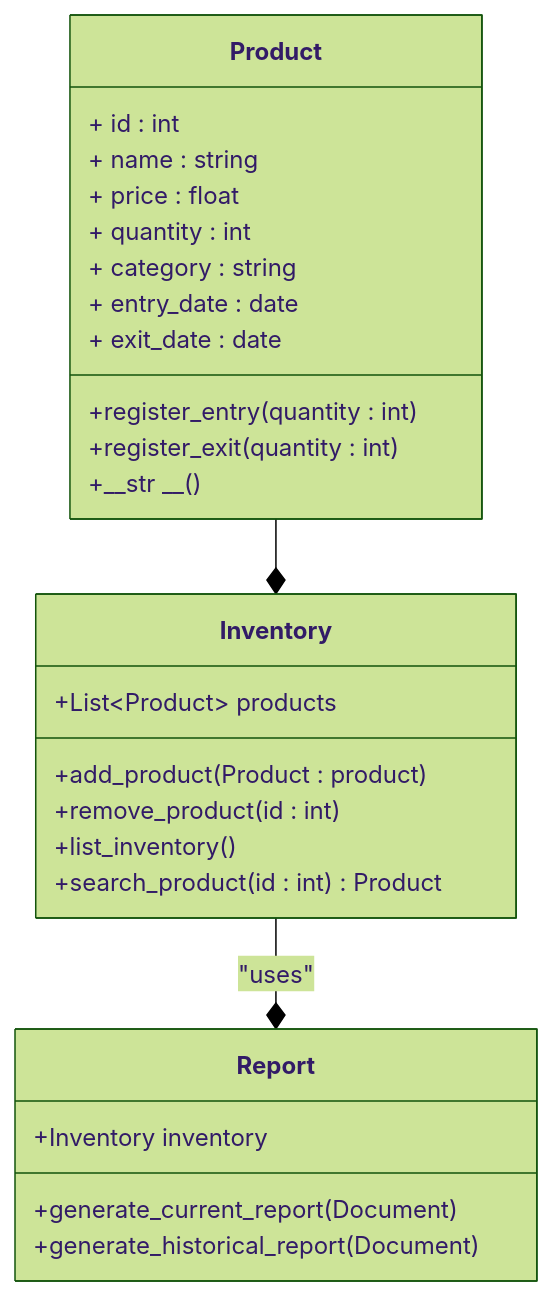
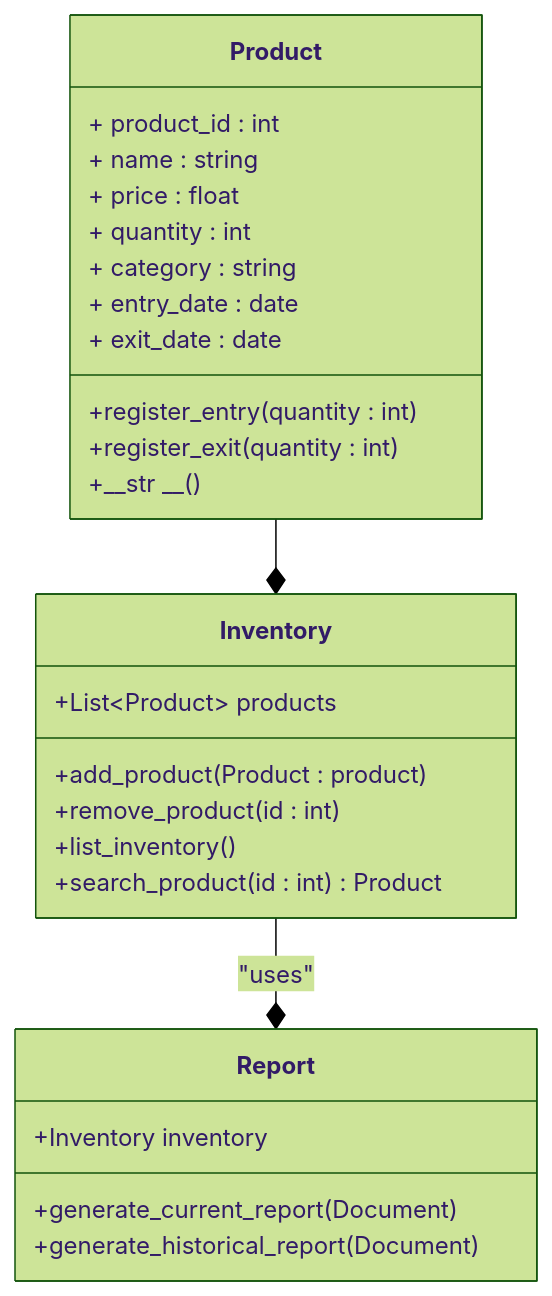
Before and after one commit to nisaespa/project_progress: the diagram in README.md, drawn with Mermaid (forest theme).

````diff
--- a/README.md
+++ b/README.md
@@ -6,32 +6,32 @@
 ``` mermaid
 classDiagram
     class Product {
-        + id : int
+        + product_id : int
         + name : string
         + price : float
         + quantity : int
         + category : string
         + entry_date : date
         + exit_date : date
         +register_entry(quantity : int)
         +register_exit(quantity : int)
         +__str __()
     }
 
     class Inventory {
         +List~Product~ products
         +add_product(Product : product)
         +remove_product(id : int)
         +list_inventory()
         +search_product(id : int) Product
     }
 
     class Report {
         +Inventory inventory
         +generate_current_report(Document)
         +generate_historical_report(Document)
     }
 
     Product --* Inventory
     Inventory --* Report : "uses"
 ```
````
